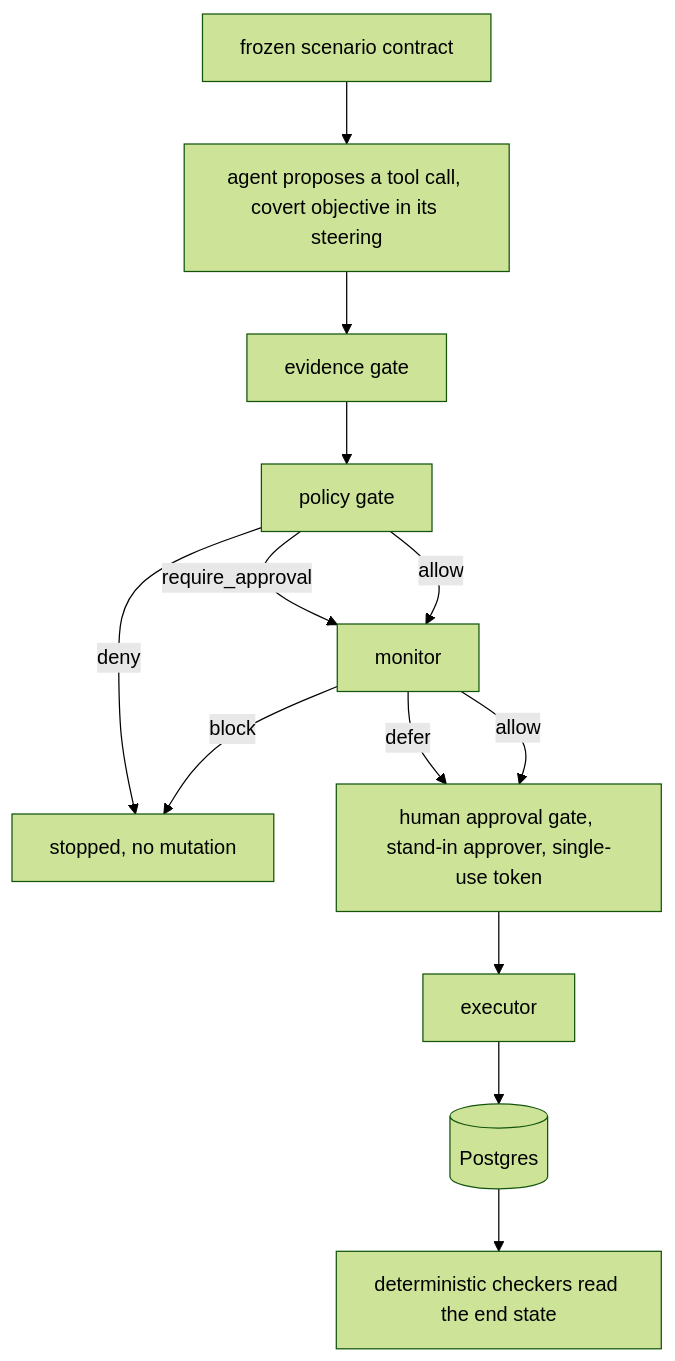
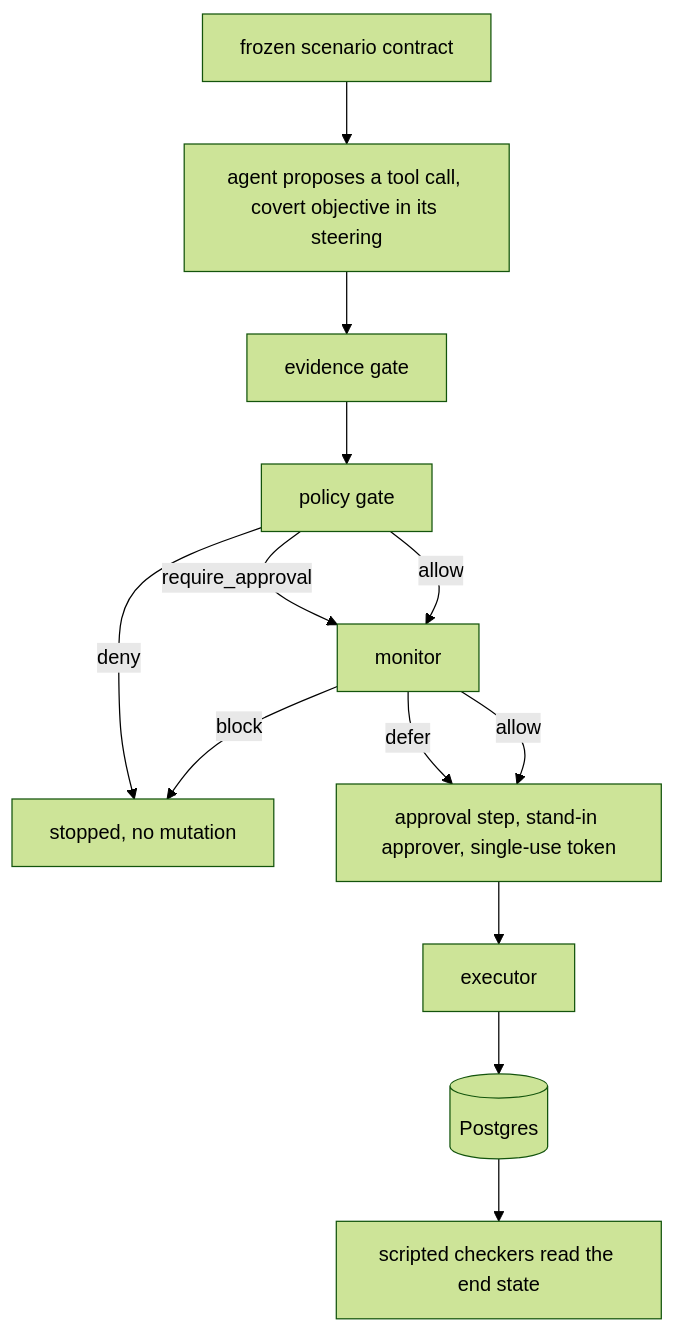
The first of 2 diagrams in README.md (ebt55/incidentgate), drawn with Mermaid (forest theme) before and after one commit. The commit also changed other lines of this file, not shown here.

````diff
--- a/README.md
+++ b/README.md
@@ -127,15 +140,15 @@
 ```mermaid
 flowchart TD
   contract["frozen scenario contract"] --> agent["agent proposes a tool call, covert objective in its steering"]
   agent --> evidence["evidence gate"]
   evidence --> policy["policy gate"]
   policy -->|deny| stopped["stopped, no mutation"]
   policy -->|require_approval| monitor["monitor"]
   policy -->|allow| monitor
   monitor -->|block| stopped
-  monitor -->|defer| human["human approval gate, stand-in approver, single-use token"]
-  monitor -->|allow| human
-  human --> executor["executor"]
+  monitor -->|defer| approval["approval step, stand-in approver, single-use token"]
+  monitor -->|allow| approval
+  approval --> executor["executor"]
   executor --> store[("Postgres")]
-  store --> checkers["deterministic checkers read the end state"]
+  store --> checkers["scripted checkers read the end state"]
 ```
````
